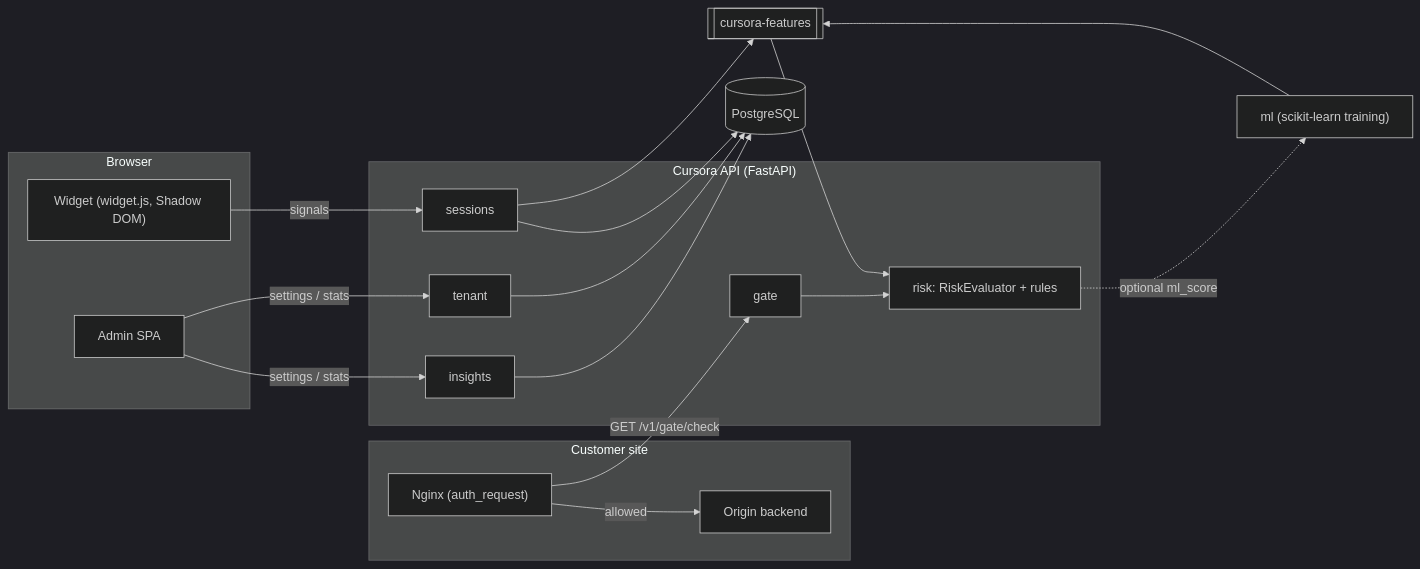
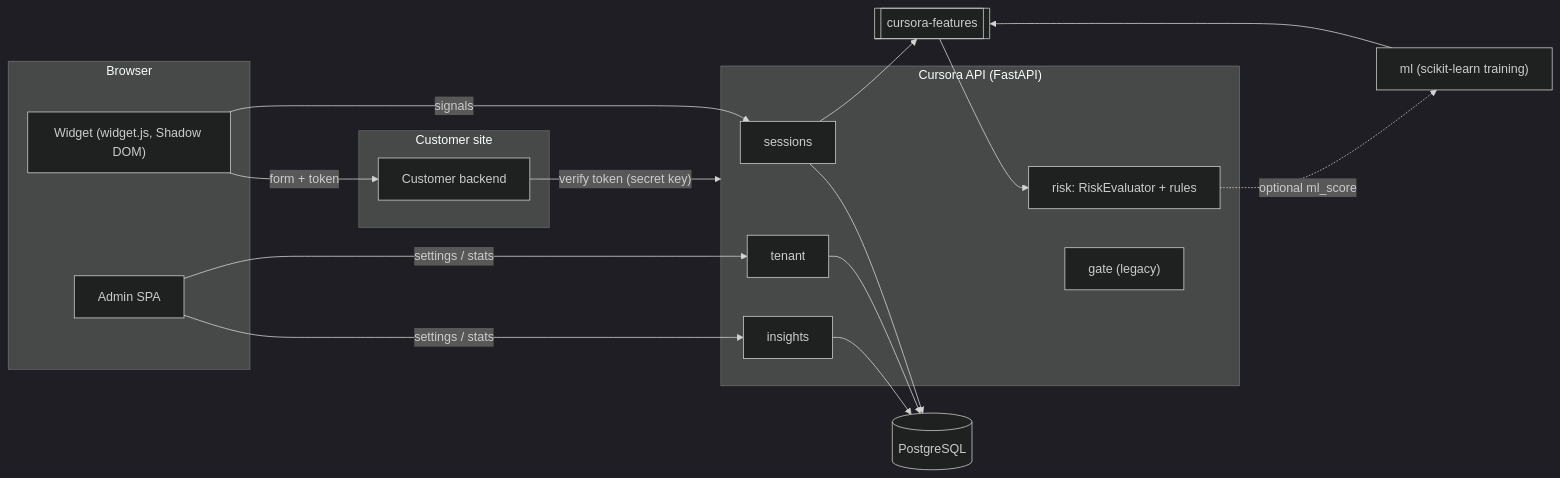
Before and after one commit to TeseySTD/cursora: the diagram in docs/architecture.md, drawn with Mermaid (dark theme). The commit also changed other lines of this file and 5 other files, not shown here.

````diff
--- a/docs/architecture.md
+++ b/docs/architecture.md
@@ -3,31 +3,29 @@
 ```mermaid
 flowchart LR
   subgraph Browser
     W["Widget (widget.js, Shadow DOM)"]
     A[Admin SPA]
   end
   subgraph Site ["Customer site"]
-    N["Nginx (auth_request)"]
-    O[Origin backend]
+    O[Customer backend]
   end
   subgraph API ["Cursora API (FastAPI)"]
-    G[gate]
     S[sessions]
     R["risk: RiskEvaluator + rules"]
     T[tenant]
     I[insights]
+    G["gate (legacy)"]
   end
   F[[cursora-features]]
   ML["ml (scikit-learn training)"]
   DB[(PostgreSQL)]
 
   W -- signals --> S
+  W -- "form + token" --> O
+  O -- "verify token (secret key)" --> API
   A -- settings / stats --> T & I
-  N -- "GET /v1/gate/check" --> G
-  N -- allowed --> O
-  G --> R
   S --> F --> R
   R -. optional ml_score .-> ML
   ML --> F
   T & S & I --> DB
 ```
````
